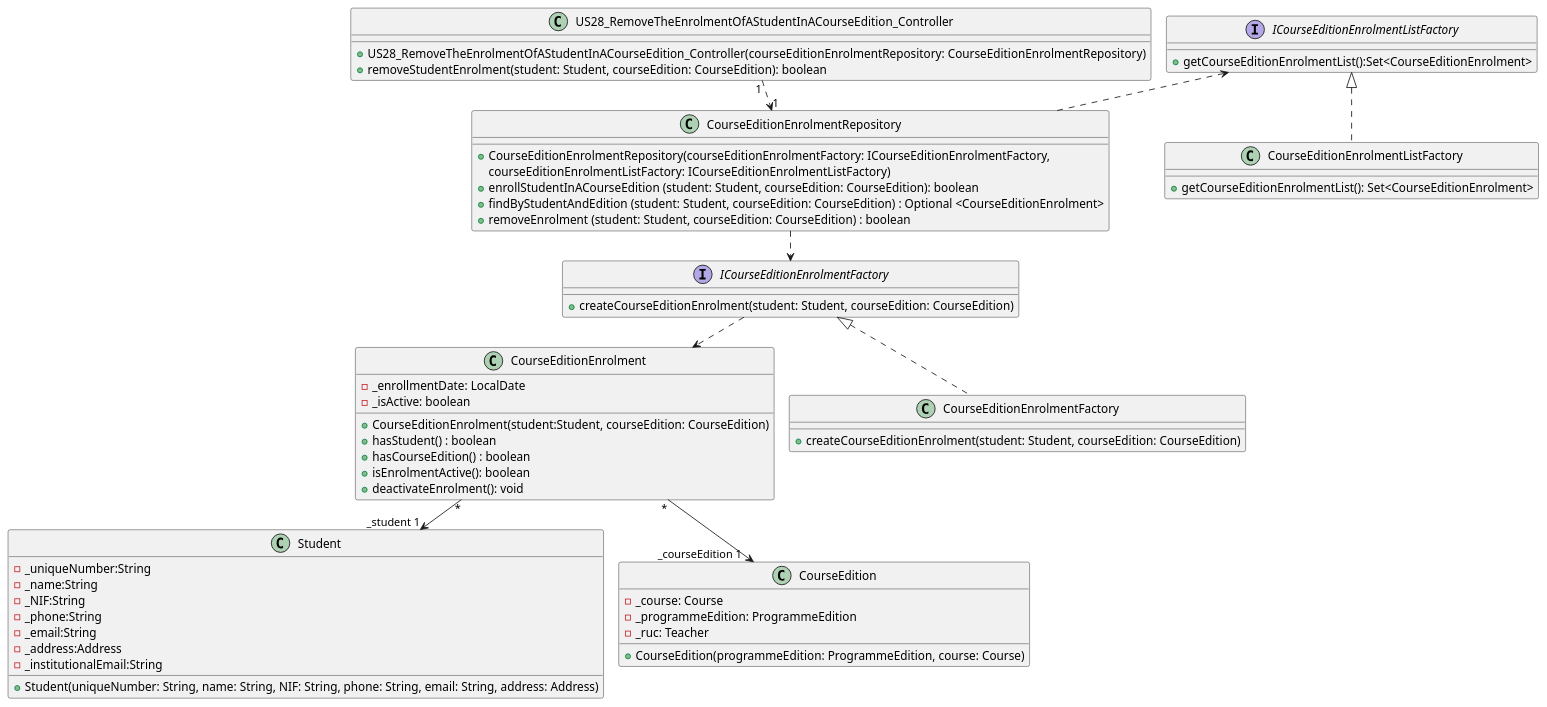
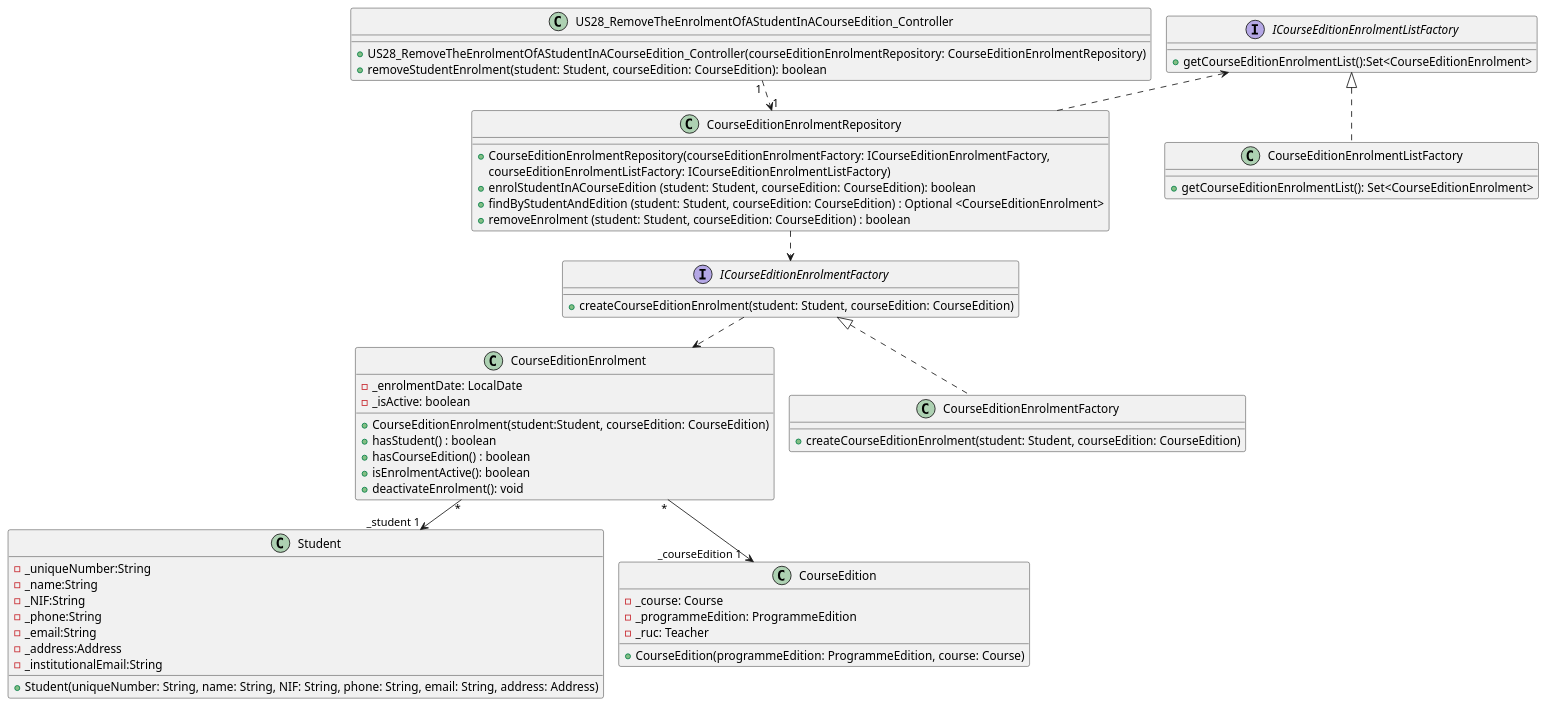
The diagram in docs/US28/US28_RemoveTheEnrolmentOfAStudentInACourseEdition_ClassDiagram.puml (GasparISEP/DevOps-PAI), drawn with PlantUML before and after one commit. The commit also changed 2 other files, not shown here.

Commit message:
Fix spelling inconsistency: 'enroll' changed to 'enrol' in US28 sequence and class diagrams

```diff
--- a/docs/US28/US28_RemoveTheEnrolmentOfAStudentInACourseEdition_ClassDiagram.puml
+++ b/docs/US28/US28_RemoveTheEnrolmentOfAStudentInACourseEdition_ClassDiagram.puml
@@ -1,70 +1,70 @@
 @startuml
 !pragma layout smetana
 
 class US28_RemoveTheEnrolmentOfAStudentInACourseEdition_Controller {
     +US28_RemoveTheEnrolmentOfAStudentInACourseEdition_Controller(courseEditionEnrolmentRepository: CourseEditionEnrolmentRepository)
     +removeStudentEnrolment(student: Student, courseEdition: CourseEdition): boolean
 }
 
 class CourseEditionEnrolment {
-    -_enrollmentDate: LocalDate
+    -_enrolmentDate: LocalDate
     -_isActive: boolean
     +CourseEditionEnrolment(student:Student, courseEdition: CourseEdition)
     +hasStudent() : boolean
     +hasCourseEdition() : boolean
     +isEnrolmentActive(): boolean
     +deactivateEnrolment(): void
 }
 
 class CourseEditionEnrolmentRepository {
     +CourseEditionEnrolmentRepository(courseEditionEnrolmentFactory: ICourseEditionEnrolmentFactory,
     courseEditionEnrolmentListFactory: ICourseEditionEnrolmentListFactory)
-    +enrollStudentInACourseEdition (student: Student, courseEdition: CourseEdition): boolean
+    +enrolStudentInACourseEdition (student: Student, courseEdition: CourseEdition): boolean
     +findByStudentAndEdition (student: Student, courseEdition: CourseEdition) : Optional <CourseEditionEnrolment>
     +removeEnrolment (student: Student, courseEdition: CourseEdition) : boolean
 }
 
 class Student {
     -_uniqueNumber:String
     -_name:String
     -_NIF:String
     -_phone:String
     -_email:String
     -_address:Address
     -_institutionalEmail:String
     +Student(uniqueNumber: String, name: String, NIF: String, phone: String, email: String, address: Address)
 }
 
 class CourseEdition {
     -_course: Course
     -_programmeEdition: ProgrammeEdition
     -_ruc: Teacher
     +CourseEdition(programmeEdition: ProgrammeEdition, course: Course)
 }
 
 class CourseEditionEnrolmentFactory {
     +createCourseEditionEnrolment(student: Student, courseEdition: CourseEdition)
 }
 
 class CourseEditionEnrolmentListFactory{
 +getCourseEditionEnrolmentList(): Set<CourseEditionEnrolment>
 }
 
 interface ICourseEditionEnrolmentFactory{
     +createCourseEditionEnrolment(student: Student, courseEdition: CourseEdition)
 }
 interface ICourseEditionEnrolmentListFactory{
 +getCourseEditionEnrolmentList():Set<CourseEditionEnrolment>
 }
 
 
 CourseEditionEnrolment "*" --> "_student 1" Student
 CourseEditionEnrolment "*" --> "_courseEdition 1    " CourseEdition
 US28_RemoveTheEnrolmentOfAStudentInACourseEdition_Controller "1" ..> "1 " CourseEditionEnrolmentRepository
 ICourseEditionEnrolmentFactory  <|..  CourseEditionEnrolmentFactory
 ICourseEditionEnrolmentListFactory  <|..  CourseEditionEnrolmentListFactory
 CourseEditionEnrolmentRepository ..> ICourseEditionEnrolmentFactory
 ICourseEditionEnrolmentFactory ..> CourseEditionEnrolment
 CourseEditionEnrolmentRepository .u.> ICourseEditionEnrolmentListFactory
 
 @enduml
```
